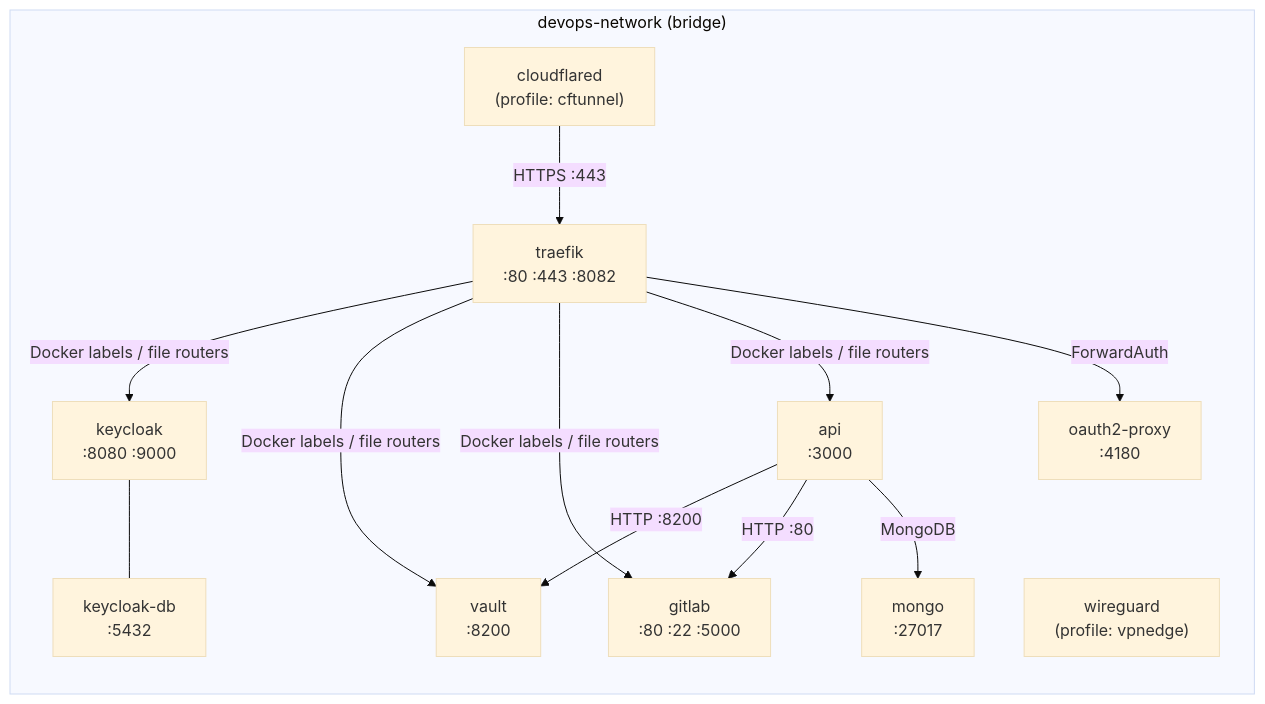
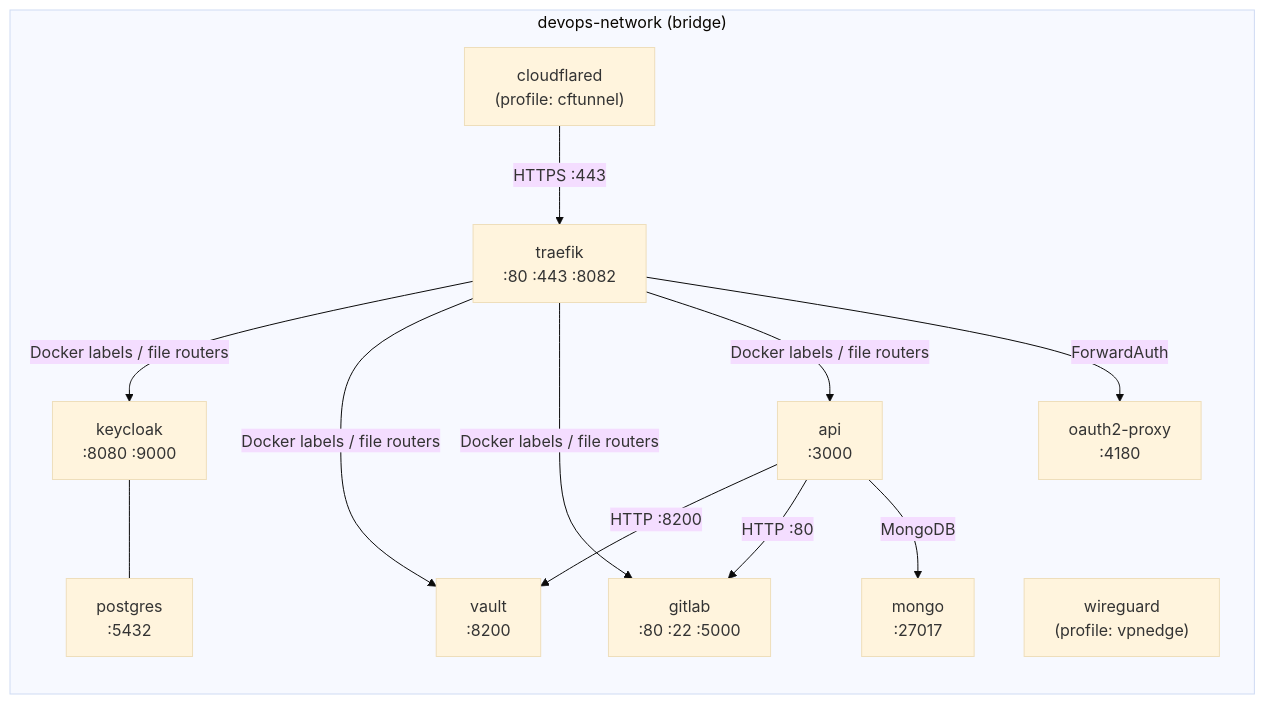
The first of 3 diagrams in __DOCS__/99_maintainers/05_networking.md (astarx-studio/devsecops-platform), drawn with Mermaid (base theme) before and after one commit. The commit also changed other lines of this file and 45 other files, not shown here.

````diff
--- a/__DOCS__/99_maintainers/05_networking.md
+++ b/__DOCS__/99_maintainers/05_networking.md
@@ -13,26 +13,26 @@
 ```mermaid
 graph LR
     subgraph devops_network ["devops-network (bridge)"]
         traefik["traefik\n:80 :443 :8082"]
         mongo["mongo\n:27017"]
         keycloak["keycloak\n:8080 :9000"]
         vault["vault\n:8200"]
         gitlab["gitlab\n:80 :22 :5000"]
         api["api\n:3000"]
         oauth2proxy["oauth2-proxy\n:4180"]
         cloudflared["cloudflared\n(profile: cftunnel)"]
         wireguard["wireguard\n(profile: vpnedge)"]
-        pgkc["keycloak-db\n:5432"]
+        pgkc["postgres\n:5432"]
     end
 
     traefik -->|"Docker labels / file routers"| keycloak
     traefik -->|"Docker labels / file routers"| vault
     traefik -->|"Docker labels / file routers"| gitlab
     traefik -->|"Docker labels / file routers"| api
     traefik -->|"ForwardAuth"| oauth2proxy
     keycloak --- pgkc
     api -->|"HTTP :8200"| vault
     api -->|"HTTP :80"| gitlab
     api -->|"MongoDB"| mongo
     cloudflared -->|"HTTPS :443"| traefik
 ```
````
